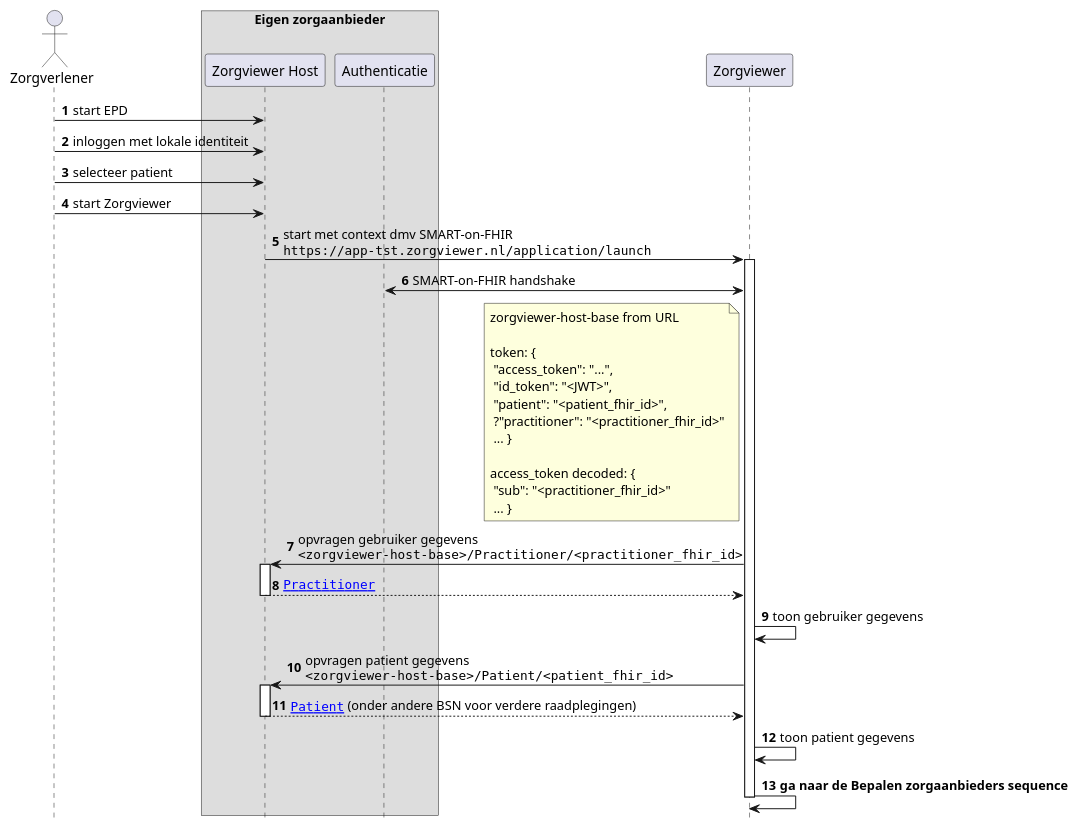
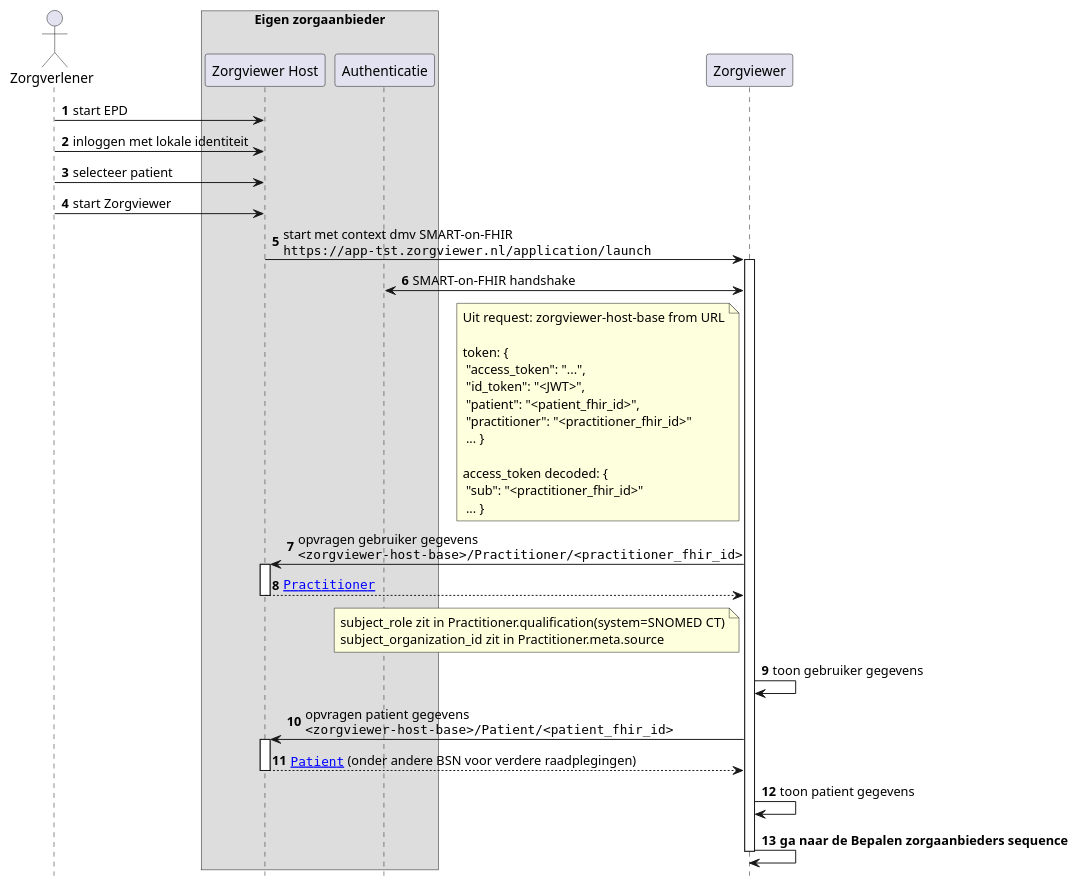
One commit to RIVO-Noord/zorgviewer-ig changed the diagram in input/images-source/Zorgviewer-seq-1-fhir.plantuml. Above: the diagram before and after it, drawn with PlantUML. The commit also changed 1 other file, not shown here.

Commit message:
Subject velden en headers toegevoegd aan sequence https://dev.azure.com/UMCG-MIT/Zorgviewer/_workitems/edit/176833

```diff
--- a/input/images-source/Zorgviewer-seq-1-fhir.plantuml
+++ b/input/images-source/Zorgviewer-seq-1-fhir.plantuml
@@ -1,49 +1,53 @@
 @startuml
 hide footbox
 autonumber
 
 actor Zorgverlener
 box "Eigen zorgaanbieder"
 participant "Zorgviewer Host" as Host
 participant Authenticatie
 end box
 participant Zorgviewer
 
 Zorgverlener->Host: start EPD
 Zorgverlener->Host: inloggen met lokale identiteit
 Zorgverlener->Host: selecteer patient
 Zorgverlener->Host: start Zorgviewer
 Host->Zorgviewer: start met context dmv SMART-on-FHIR \n""https://app-tst.zorgviewer.nl/application/launch""
 activate Zorgviewer
 Zorgviewer<->Authenticatie: SMART-on-FHIR handshake
 note left Zorgviewer
- zorgviewer-host-base from URL
- 
+ Uit request: zorgviewer-host-base from URL
+
  token: {
   "access_token": "...",
   "id_token": "<JWT>",
   "patient": "<patient_fhir_id>",
-  ?"practitioner": "<practitioner_fhir_id>"
+  "practitioner": "<practitioner_fhir_id>"
   ... }
 
  access_token decoded: {
   "sub": "<practitioner_fhir_id>"
   ... }
 end note
 Zorgviewer->Host: opvragen gebruiker gegevens\n""<zorgviewer-host-base>/Practitioner/<practitioner_fhir_id>""
 activate Host
 Host-->Zorgviewer: ""[[StructureDefinition-Practitioner.html Practitioner]]""
+note left Zorgviewer
+ subject_role zit in Practitioner.qualification(system=SNOMED CT)
+ subject_organization_id zit in Practitioner.meta.source
+end note
 deactivate Host
 Zorgviewer->Zorgviewer: toon gebruiker gegevens
 
 Zorgviewer->Host: opvragen patient gegevens\n""<zorgviewer-host-base>/Patient/<patient_fhir_id>""
 activate Host
 Host-->Zorgviewer: ""[[StructureDefinition-Patient.html Patient]]"" (onder andere BSN voor verdere raadplegingen)
 deactivate Host
 Zorgviewer->Zorgviewer: toon patient gegevens
 
 Zorgviewer->Zorgviewer: **ga naar de Bepalen zorgaanbieders sequence**
 
 deactivate Zorgviewer
 
 @enduml
```
